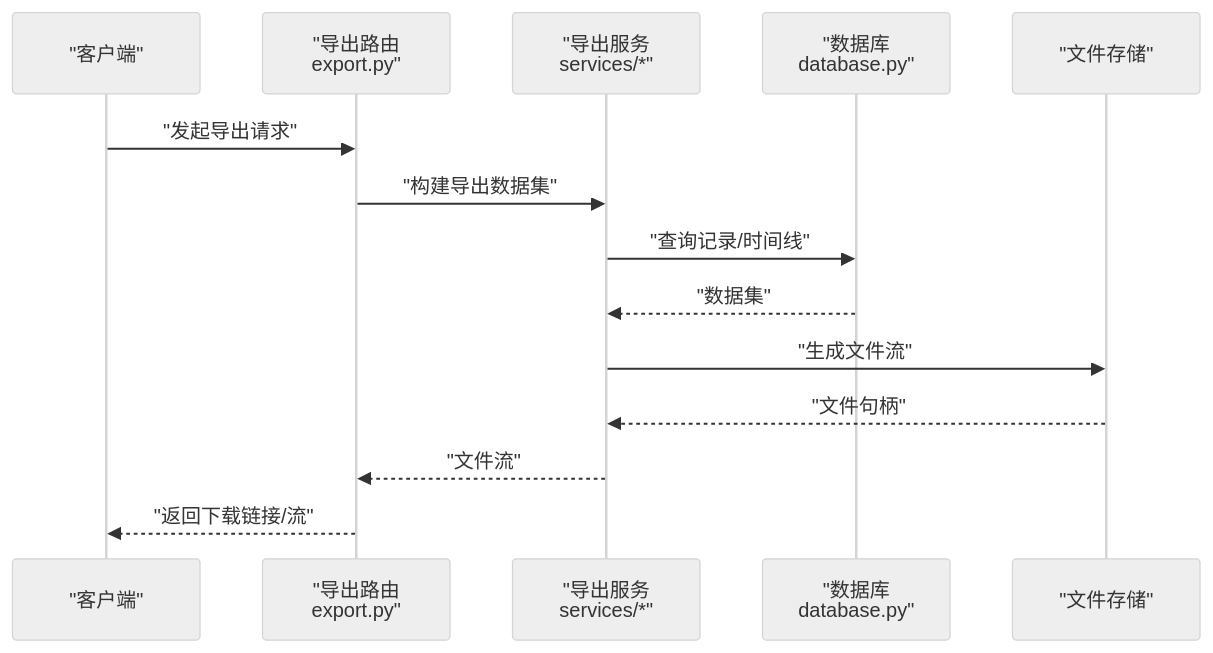
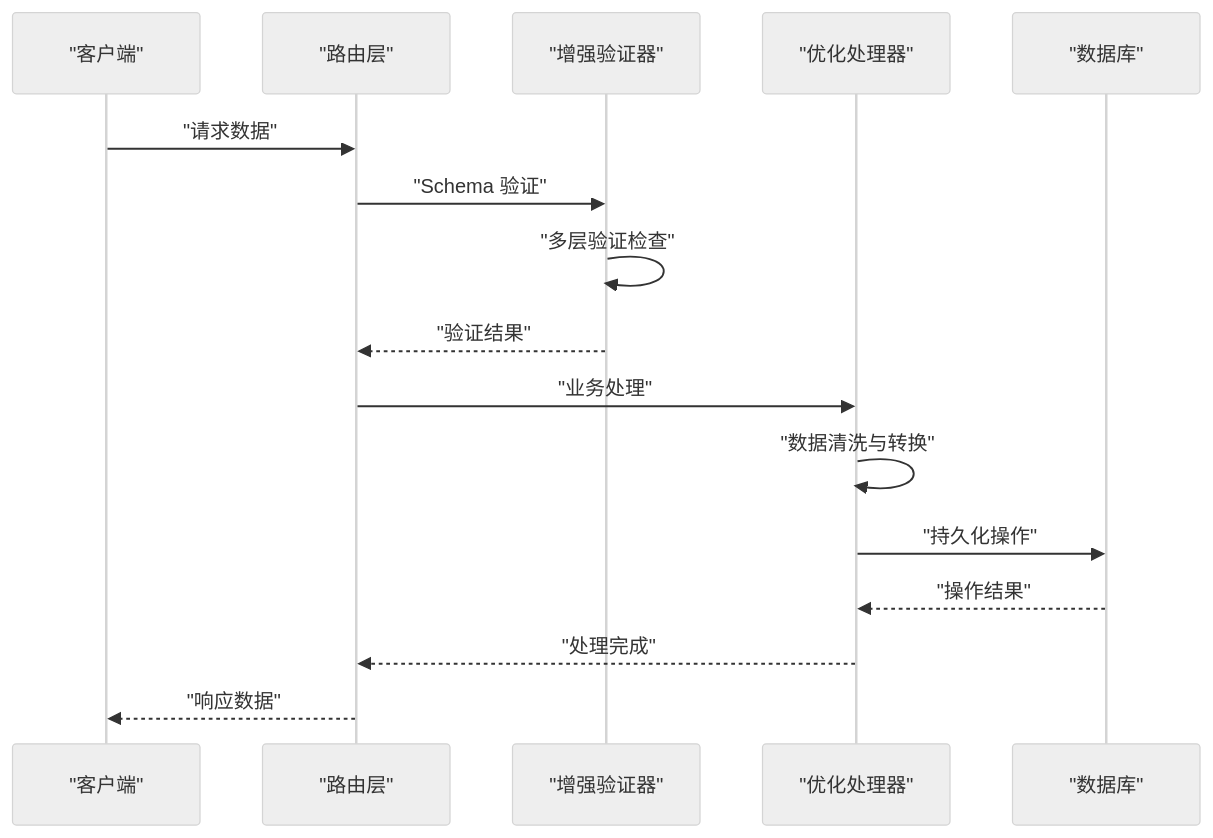
The fourth of 6 diagrams in .qoder/repowiki/zh/content/后端开发/后端开发.md (xufuyu/Lumen), drawn with Mermaid (neutral theme) before and after one commit. The commit also changed other lines of this file and 43 other files, not shown here.

````diff
--- a/.qoder/repowiki/zh/content/后端开发/后端开发.md
+++ b/.qoder/repowiki/zh/content/后端开发/后端开发.md
@@ -292,16 +300,18 @@
 ```mermaid
 sequenceDiagram
 participant Client as "客户端"
-participant ExportRouter as "导出路由<br/>export.py"
-participant Service as "导出服务<br/>services/*"
-participant DB as "数据库<br/>database.py"
-participant FileStore as "文件存储"
-Client->>ExportRouter : "发起导出请求"
-ExportRouter->>Service : "构建导出数据集"
-Service->>DB : "查询记录/时间线"
-DB-->>Service : "数据集"
-Service->>FileStore : "生成文件流"
-FileStore-->>Service : "文件句柄"
-Service-->>ExportRouter : "文件流"
-ExportRouter-->>Client : "返回下载链接/流"
+participant Router as "路由层"
+participant Validator as "增强验证器"
+participant Processor as "优化处理器"
+participant DB as "数据库"
+Client->>Router : "请求数据"
+Router->>Validator : "Schema 验证"
+Validator->>Validator : "多层验证检查"
+Validator-->>Router : "验证结果"
+Router->>Processor : "业务处理"
+Processor->>Processor : "数据清洗与转换"
+Processor->>DB : "持久化操作"
+DB-->>Processor : "操作结果"
+Processor-->>Router : "处理完成"
+Router-->>Client : "响应数据"
 ```
````
